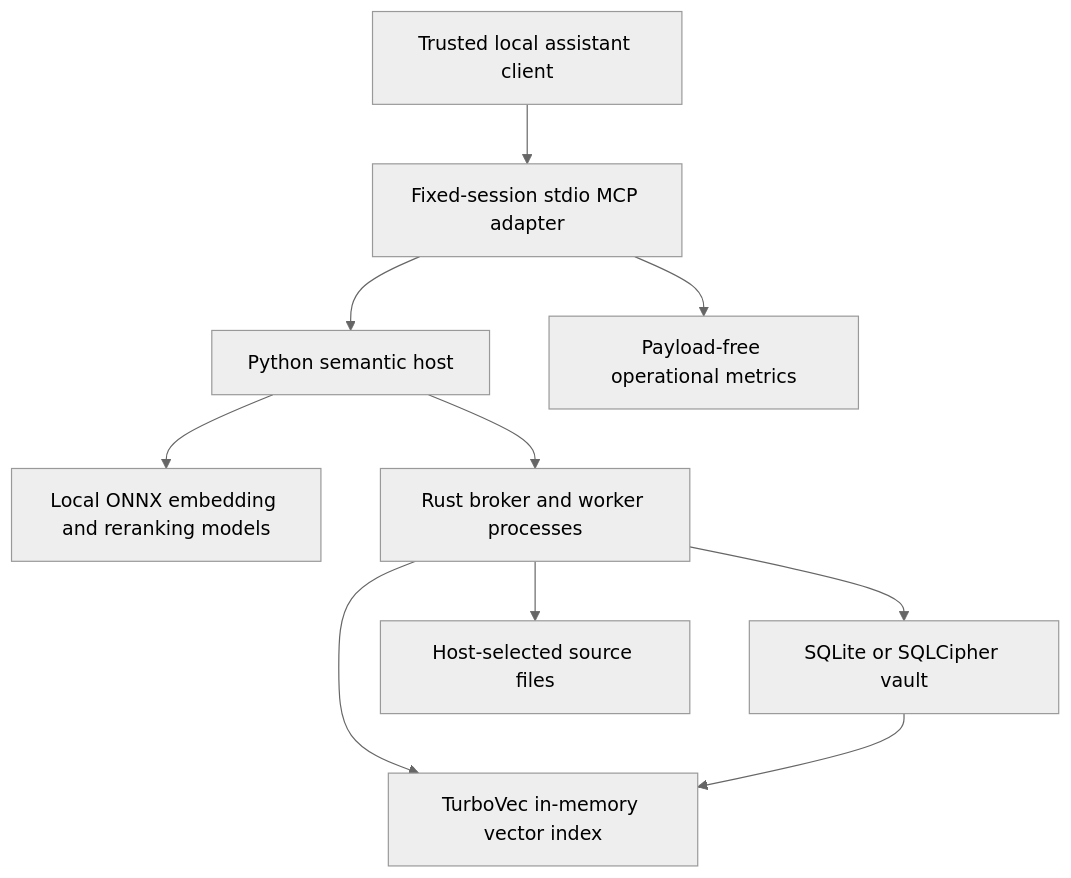
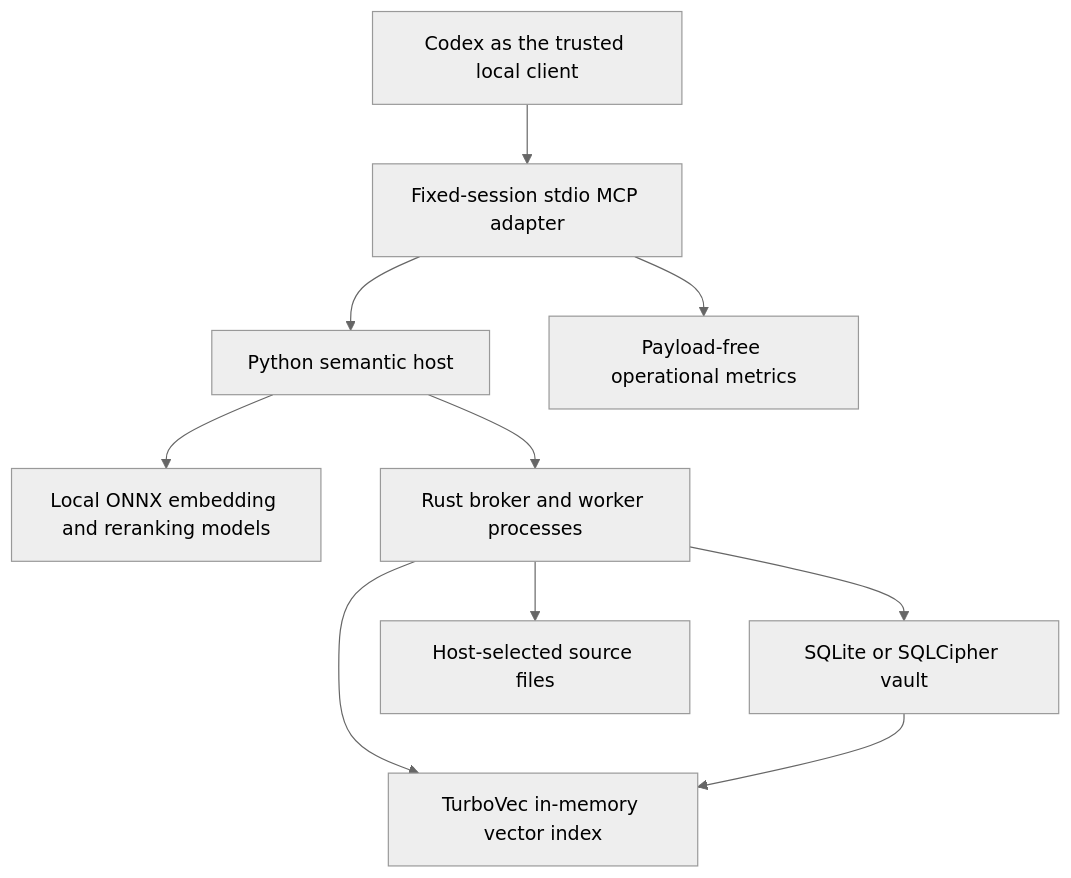
The diagram in docs/ARCHITECTURE.md (ufo8mycow14/memorycore-ai), drawn with Mermaid (neutral theme) before and after one commit. The commit also changed other lines of this file and 6 other files, not shown here.

````diff
--- a/docs/ARCHITECTURE.md
+++ b/docs/ARCHITECTURE.md
@@ -13,12 +13,12 @@
 ```mermaid
 flowchart TD
-    Client[Trusted local assistant client] --> MCP[Fixed-session stdio MCP adapter]
+    Client[Codex as the trusted local client] --> MCP[Fixed-session stdio MCP adapter]
     MCP --> Host[Python semantic host]
     Host --> Models[Local ONNX embedding and reranking models]
     Host --> Broker[Rust broker and worker processes]
     Broker --> Vault[SQLite or SQLCipher vault]
     Broker --> Index[TurboVec in-memory vector index]
     Broker --> Sources[Host-selected source files]
     Vault --> Index
     MCP --> Metrics[Payload-free operational metrics]
 ```
````
